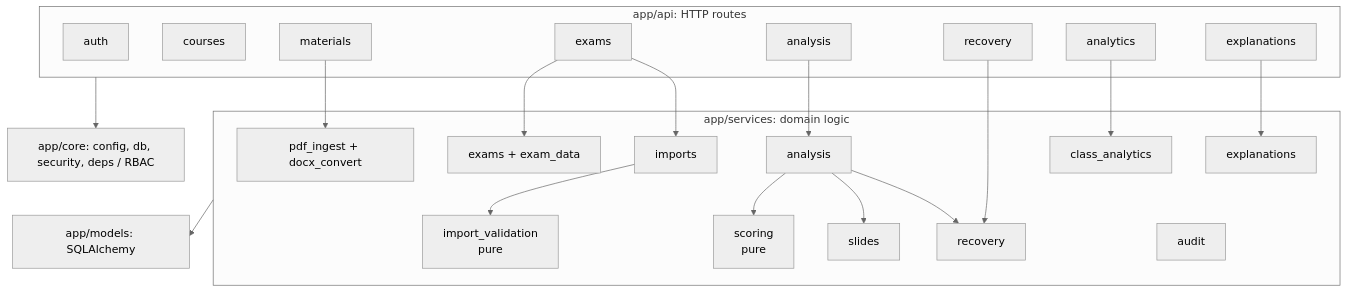
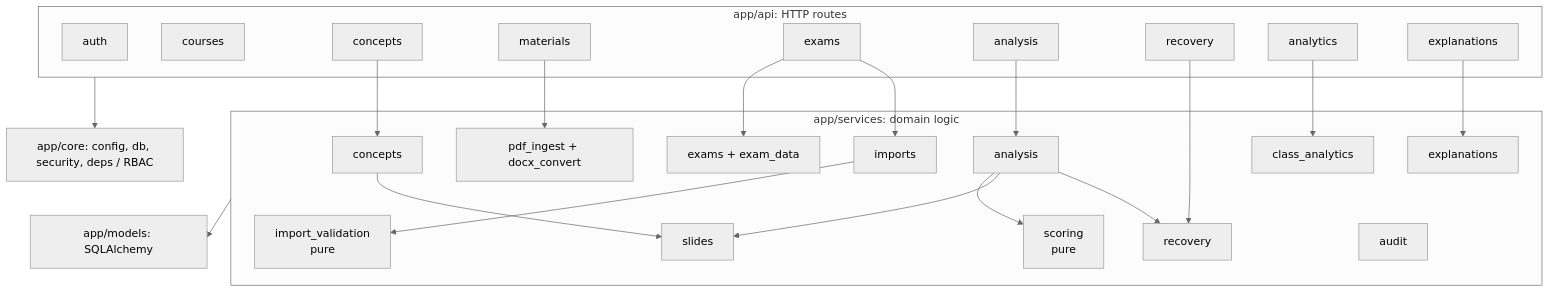
The second of 3 diagrams in docs/submission/04-Design/Architecture.md (AhmedEbrahem25/gapmap), drawn with Mermaid (neutral theme) before and after one commit. The commit also changed other lines of this file and 34 other files, not shown here.

````diff
--- a/docs/submission/04-Design/Architecture.md
+++ b/docs/submission/04-Design/Architecture.md
@@ -44,38 +44,42 @@
 ```mermaid
 flowchart TB
   subgraph api[app/api: HTTP routes]
     auth
     courses
+    concepts
     materials
     exams
     analysis
     recovery
     analytics
     explanations
   end
   subgraph services[app/services: domain logic]
     imp[imports]
     val[import_validation<br/>pure]
     sc[scoring<br/>pure]
     an[analysis]
     sl[slides]
     rec[recovery]
     ca[class_analytics]
     ex[explanations]
     ing[pdf_ingest + docx_convert]
     exm[exams + exam_data]
+    con[concepts]
     au[audit]
   end
   core[app/core: config, db, security, deps / RBAC]
   models[app/models: SQLAlchemy]
   exams --> exm & imp
   imp --> val
   analysis --> an
   an --> sc & sl & rec
   recovery --> rec
   analytics --> ca
   explanations --> ex
   materials --> ing
+  concepts --> con
+  con --> sl
   services --> models
   api --> core
 ```
````
